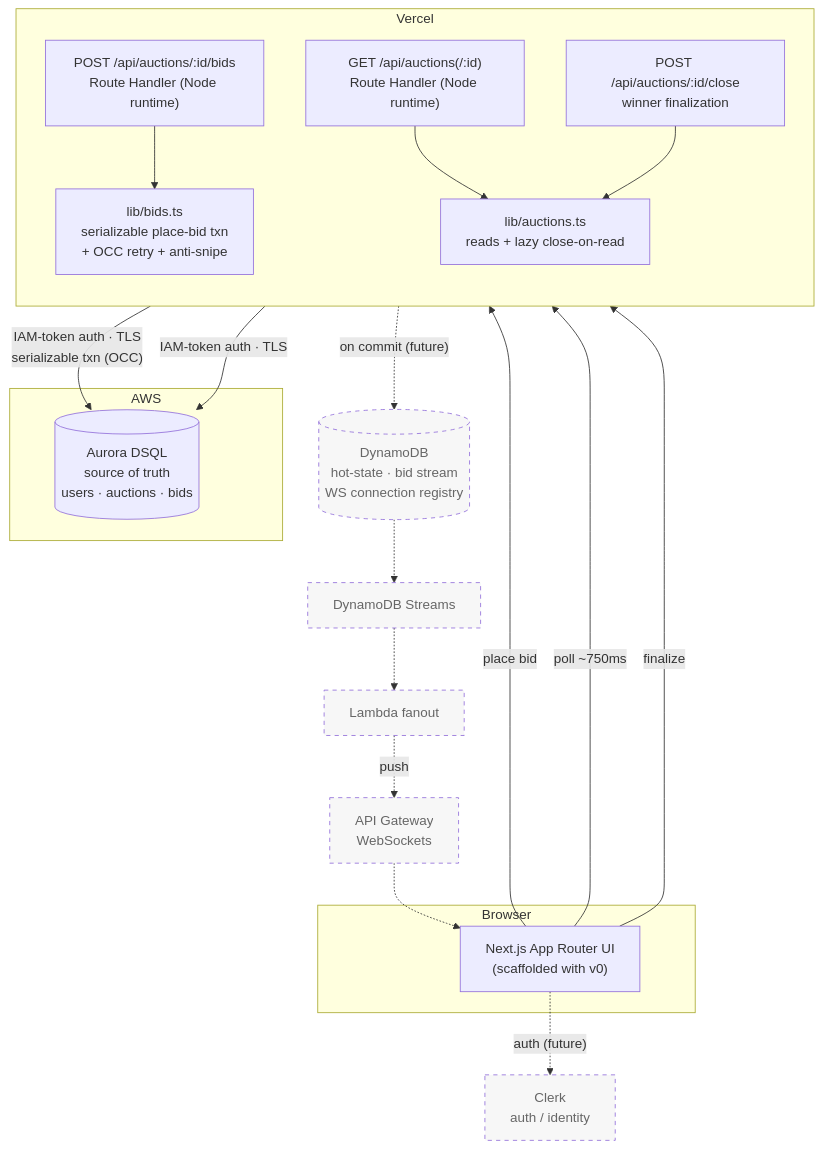
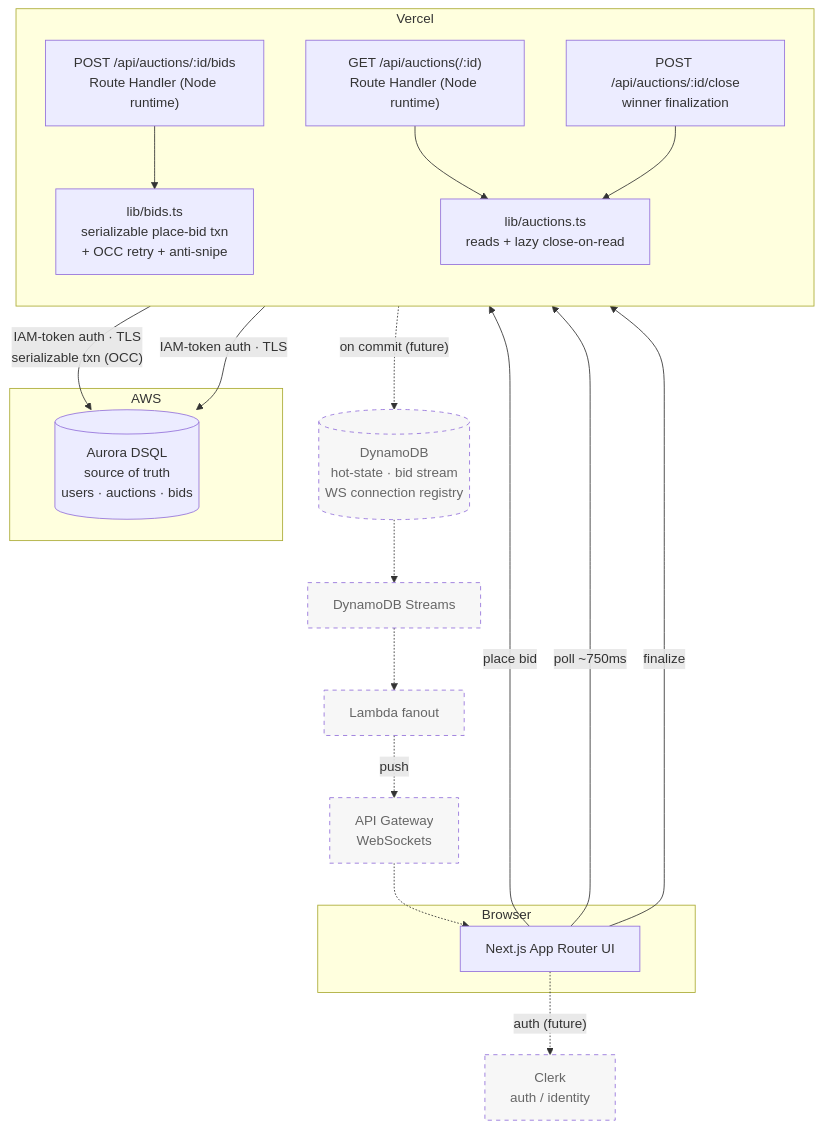
Before and after one commit to amoghsingh130/gavellive: the first of 2 diagrams in ARCHITECTURE.md, drawn with Mermaid. The commit also changed other lines of this file and 5 other files, not shown here.

````diff
--- a/ARCHITECTURE.md
+++ b/ARCHITECTURE.md
@@ -13,45 +13,45 @@
 ```mermaid
 flowchart TB
     subgraph Client["Browser"]
-        UI["Next.js App Router UI<br/>(scaffolded with v0)"]
+        UI["Next.js App Router UI"]
     end
 
     subgraph Vercel["Vercel"]
         direction TB
         WRITE["POST /api/auctions/:id/bids<br/>Route Handler (Node runtime)"]
         READ["GET /api/auctions(/:id)<br/>Route Handler (Node runtime)"]
         CLOSE["POST /api/auctions/:id/close<br/>winner finalization"]
         BIDLIB["lib/bids.ts<br/>serializable place-bid txn<br/>+ OCC retry + anti-snipe"]
         AUCLIB["lib/auctions.ts<br/>reads + lazy close-on-read"]
     end
 
     subgraph AWS["AWS"]
         DSQL[("Aurora DSQL<br/>source of truth<br/>users · auctions · bids")]
     end
 
     UI -- "place bid" --> WRITE
     UI -- "poll ~750ms" --> READ
     UI -- "finalize" --> CLOSE
     WRITE --> BIDLIB
     READ --> AUCLIB
     CLOSE --> AUCLIB
     BIDLIB -- "IAM-token auth · TLS<br/>serializable txn (OCC)" --> DSQL
     AUCLIB -- "IAM-token auth · TLS" --> DSQL
 
     %% ---- Future work (Phase 4: real-time push fanout) ----
     DDB[("DynamoDB<br/>hot-state · bid stream<br/>WS connection registry")]
     STREAMS["DynamoDB Streams"]
     FANOUT["Lambda fanout"]
     WS["API Gateway<br/>WebSockets"]
     CLERK["Clerk<br/>auth / identity"]
 
     BIDLIB -. "on commit (future)" .-> DDB
     DDB -.-> STREAMS
     STREAMS -.-> FANOUT
     FANOUT -. "push" .-> WS
     WS -.-> UI
     UI -. "auth (future)" .-> CLERK
 
     classDef future stroke-dasharray:5 5,fill:#f7f7f7,color:#666;
     class DDB,STREAMS,FANOUT,WS,CLERK future;
 ```
````
